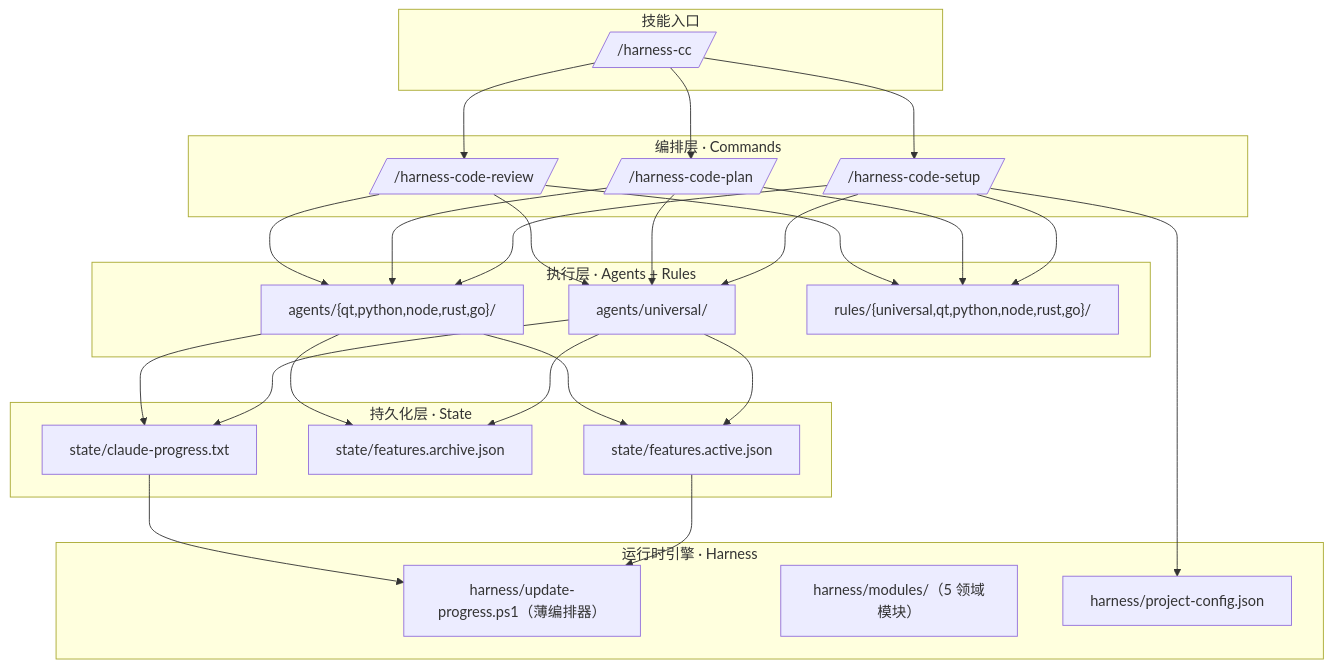
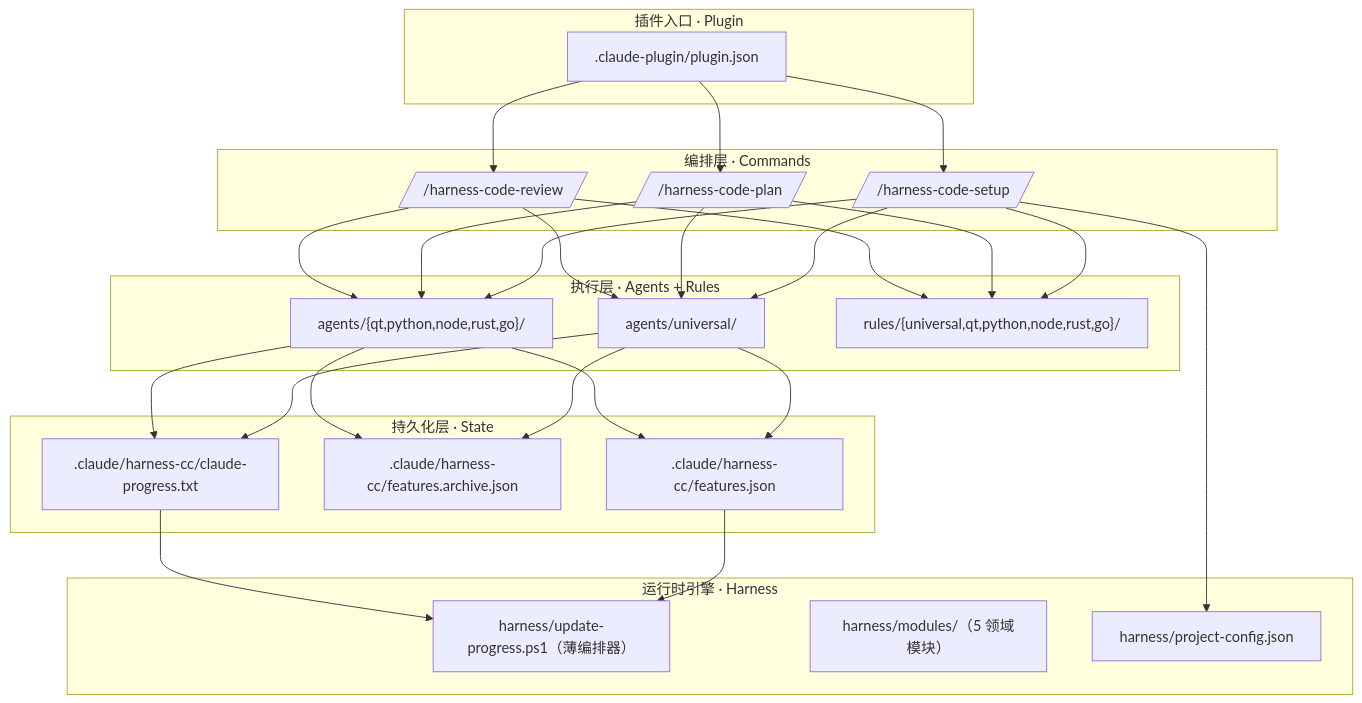
The diagram in README.md (jovetickop/animus), drawn with Mermaid before and after one commit. The commit also changed other lines of this file and 25 other files, not shown here.

````diff
--- a/README.md
+++ b/README.md
@@ -68,33 +68,33 @@
 ```mermaid
 flowchart TB
-    subgraph 技能入口
-        SKILL[/"/harness-cc"/]
+    subgraph 插件入口[插件入口 · Plugin]
+        PLUGIN[".claude-plugin/plugin.json"]
     end
     subgraph 编排层[编排层 · Commands]
         C1[/"/harness-code-setup"/]
         C2[/"/harness-code-plan"/]
         C3[/"/harness-code-review"/]
     end
     subgraph 执行层[执行层 · Agents + Rules]
         A1["agents/universal/"]
         A2["agents/{qt,python,node,rust,go}/"]
         R["rules/{universal,qt,python,node,rust,go}/"]
     end
     subgraph 持久化层[持久化层 · State]
-        F["state/features.active.json"]
-        A["state/features.archive.json"]
-        L["state/claude-progress.txt"]
+        F[".claude/harness-cc/features.json"]
+        A[".claude/harness-cc/features.archive.json"]
+        L[".claude/harness-cc/claude-progress.txt"]
     end
     subgraph 运行时引擎[运行时引擎 · Harness]
         H["harness/update-progress.ps1（薄编排器）"]
         M["harness/modules/（5 领域模块）"]
         P["harness/project-config.json"]
     end
 
-    SKILL --> C1 & C2 & C3
+    PLUGIN --> C1 & C2 & C3
     C1 & C2 & C3 --> A1 & A2 & R
     A1 & A2 --> F & A & L
     C1 --> P
     F --> H
     L --> H
 ```
````
